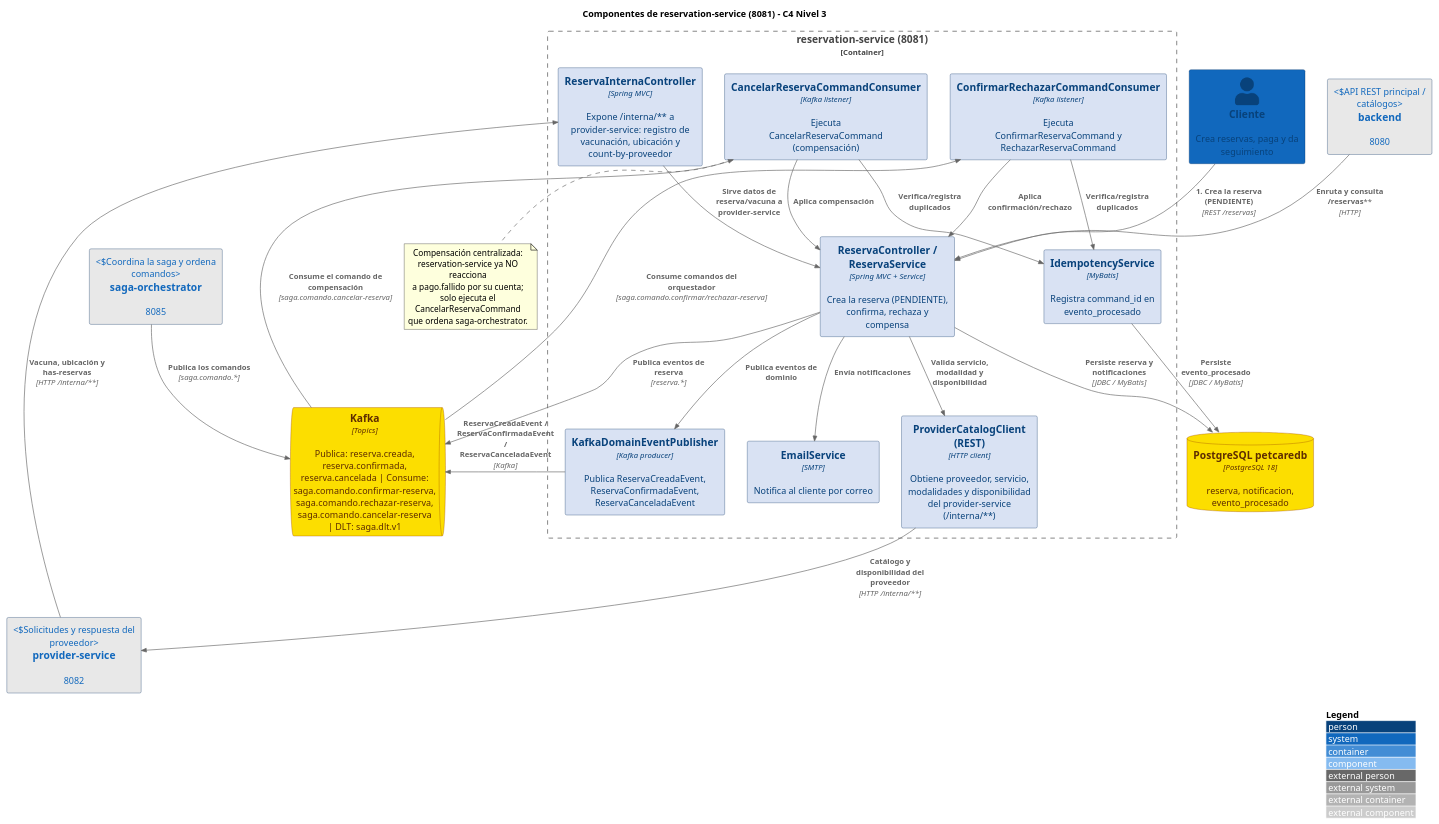
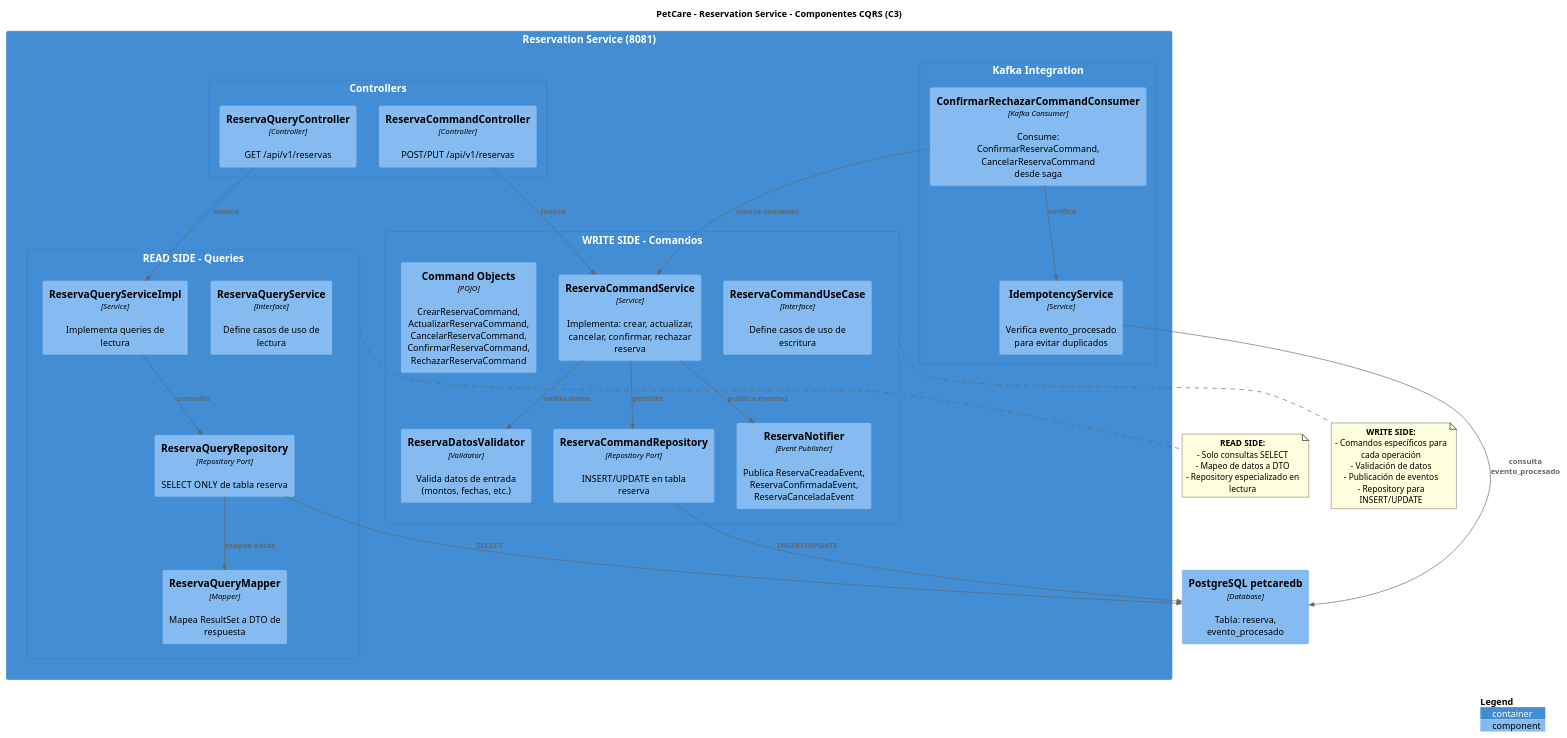
Before and after one commit to rolyjuarez/PetCare: the diagram in diagramas/3-componentes-reservation-service.puml, drawn with PlantUML. The commit also changed 15 other files, not shown here.

Commit message:
Diagramas c4  CQRS

```diff
--- a/diagramas/3-componentes-reservation-service.puml
+++ b/diagramas/3-componentes-reservation-service.puml
@@ -1,82 +1,77 @@
-@startuml
-!includeurl https://raw.githubusercontent.com/plantuml-stdlib/C4-PlantUML/master/C4_Component.puml
+@startuml componentes_reservation
+!include https://raw.githubusercontent.com/plantuml-stdlib/C4-PlantUML/master/C4_Component.puml
 
-' ============================================================================
-' PETCare - Componentes de reservation-service (8081) - C4 Nivel 3
-' ============================================================================
+title PetCare - Reservation Service - Componentes CQRS (C3)
 
-title Componentes de reservation-service (8081) - C4 Nivel 3
-
-' ---------------------------------------------------------------------------
-' Estilos
-' ---------------------------------------------------------------------------
-UpdateElementStyle(component, $fontColor="#08427B", $borderColor="#052F61", $bgColor="#D9E2F3")
-UpdateElementStyle(person, $fontColor="#08427B", $borderColor="#052F61", $bgColor="#1168BD")
-UpdateElementStyle(container, $fontColor="#5D2C00", $borderColor="#963B00", $bgColor="#FCDE00")
-UpdateElementStyle(database, $fontColor="#08427B", $borderColor="#052F61", $bgColor="#A9D2FF")
-UpdateElementStyle(queue, $fontColor="#1168BD", $borderColor="#052F61", $bgColor="#F5F5F5")
-UpdateElementStyle(external_system, $fontColor="#1168BD", $borderColor="#052F61", $bgColor="#E8E8E8")
-UpdateElementStyle(boundary, $borderColor="#2F4F4F", $fontColor="#2F4F4F", $bgColor="#F0F0F0")
-
-' ---------------------------------------------------------------------------
-' Personas
-' ---------------------------------------------------------------------------
-Person(cliente, "Cliente", "Crea reservas, paga y da seguimiento")
-
-' ---------------------------------------------------------------------------
-' Elementos externos
-' ---------------------------------------------------------------------------
-System_Ext(sa, "saga-orchestrator", "8085", "Coordina la saga y ordena comandos")
-System_Ext(backend, "backend", "8080", "API REST principal / catálogos")
-System_Ext(ps, "provider-service", "8082", "Solicitudes y respuesta del proveedor")
-
-ContainerQueue(kafka, "Kafka", "Topics", "Publica: reserva.creada, reserva.confirmada, reserva.cancelada | Consume: saga.comando.confirmar-reserva, saga.comando.rechazar-reserva, saga.comando.cancelar-reserva | DLT: saga.dlt.v1")
-ContainerDb(db, "PostgreSQL petcaredb", "PostgreSQL 18", "reserva, notificacion, evento_procesado")
-
-' ---------------------------------------------------------------------------
-' Componentes internos
-' ---------------------------------------------------------------------------
-Container_Boundary(rs, "reservation-service (8081)") {
-    Component(rs_api, "ReservaController / ReservaService", "Spring MVC + Service", "Crea la reserva (PENDIENTE), confirma, rechaza y compensa")
-    Component(rs_interna, "ReservaInternaController", "Spring MVC", "Expone /interna/** a provider-service: registro de vacunación, ubicación y count-by-proveedor")
-    Component(rs_provider, "ProviderCatalogClient (REST)", "HTTP client", "Obtiene proveedor, servicio, modalidades y disponibilidad del provider-service (/interna/**)")
-    Component(rs_confirmar, "ConfirmarRechazarCommandConsumer", "Kafka listener", "Ejecuta ConfirmarReservaCommand y RechazarReservaCommand")
-    Component(rs_cancelar, "CancelarReservaCommandConsumer", "Kafka listener", "Ejecuta CancelarReservaCommand (compensación)")
-    Component(rs_pub, "KafkaDomainEventPublisher", "Kafka producer", "Publica ReservaCreadaEvent, ReservaConfirmadaEvent, ReservaCanceladaEvent")
-    Component(rs_idem, "IdempotencyService", "MyBatis", "Registra command_id en evento_procesado")
-    Component(rs_email, "EmailService", "SMTP", "Notifica al cliente por correo")
-
-    Rel(rs_api, rs_pub, "Publica eventos de dominio")
-    Rel(rs_api, rs_email, "Envía notificaciones")
-    Rel(rs_api, rs_provider, "Valida servicio, modalidad y disponibilidad")
-    Rel(rs_interna, rs_api, "Sirve datos de reserva/vacuna a provider-service")
-    Rel(rs_confirmar, rs_api, "Aplica confirmación/rechazo")
-    Rel(rs_cancelar, rs_api, "Aplica compensación")
-    Rel(rs_confirmar, rs_idem, "Verifica/registra duplicados")
-    Rel(rs_cancelar, rs_idem, "Verifica/registra duplicados")
+Container(reservation_container, "Reservation Service (8081)") {
+    
+    Container(write_container, "WRITE SIDE - Comandos") {
+        Component(command_interface, "ReservaCommandUseCase", "Interface", "Define casos de uso de escritura")
+        
+        Component(command_service, "ReservaCommandService", "Service", "Implementa: crear, actualizar, cancelar, confirmar, rechazar reserva")
+        
+        Component(command_objects, "Command Objects", "POJO", "CrearReservaCommand, ActualizarReservaCommand, CancelarReservaCommand, ConfirmarReservaCommand, RechazarReservaCommand")
+        
+        Component(validator, "ReservaDatosValidator", "Validator", "Valida datos de entrada (montos, fechas, etc.)")
+        
+        Component(command_repo, "ReservaCommandRepository", "Repository Port", "INSERT/UPDATE en tabla reserva")
+        
+        Component(notifier, "ReservaNotifier", "Event Publisher", "Publica ReservaCreadaEvent, ReservaConfirmadaEvent, ReservaCanceladaEvent")
+    }
+    
+    Container(read_container, "READ SIDE - Queries") {
+        Component(query_interface, "ReservaQueryService", "Interface", "Define casos de uso de lectura")
+        
+        Component(query_impl, "ReservaQueryServiceImpl", "Service", "Implementa queries de lectura")
+        
+        Component(query_repo, "ReservaQueryRepository", "Repository Port", "SELECT ONLY de tabla reserva")
+        
+        Component(mapper, "ReservaQueryMapper", "Mapper", "Mapea ResultSet a DTO de respuesta")
+    }
+    
+    Container(controllers, "Controllers") {
+        Component(cmd_controller, "ReservaCommandController", "Controller", "POST/PUT /api/v1/reservas")
+        Component(query_controller, "ReservaQueryController", "Controller", "GET /api/v1/reservas")
+    }
+    
+    Container(kafka_layer, "Kafka Integration") {
+        Component(cmd_consumer, "ConfirmarRechazarCommandConsumer", "Kafka Consumer", "Consume: ConfirmarReservaCommand, CancelarReservaCommand desde saga")
+        Component(idempotency, "IdempotencyService", "Service", "Verifica evento_procesado para evitar duplicados")
+    }
 }
 
-' ---------------------------------------------------------------------------
-' Relaciones con el exterior
-' ---------------------------------------------------------------------------
-Rel(cliente, rs_api, "1. Crea la reserva (PENDIENTE)", "REST /reservas")
-Rel(backend, rs_api, "Enruta y consulta /reservas**", "HTTP")
-Rel(rs_provider, ps, "Catálogo y disponibilidad del proveedor", "HTTP /interna/**")
-Rel(ps, rs_interna, "Vacuna, ubicación y has-reservas", "HTTP /interna/**")
-Rel(rs_api, kafka, "Publica eventos de reserva", "reserva.*")
-Rel(kafka, rs_confirmar, "Consume comandos del orquestador", "saga.comando.confirmar/rechazar-reserva")
-Rel(kafka, rs_cancelar, "Consume el comando de compensación", "saga.comando.cancelar-reserva")
-Rel(rs_pub, kafka, "ReservaCreadaEvent / ReservaConfirmadaEvent / ReservaCanceladaEvent", "Kafka")
-Rel(sa, kafka, "Publica los comandos", "saga.comando.*")
-Rel(rs_api, db, "Persiste reserva y notificaciones", "JDBC / MyBatis")
-Rel(rs_idem, db, "Persiste evento_procesado", "JDBC / MyBatis")
+Component(database, "PostgreSQL petcaredb", "Database", "Tabla: reserva, evento_procesado")
 
-note bottom of rs_cancelar
-  Compensación centralizada: reservation-service ya NO reacciona
-  a pago.fallido por su cuenta; solo ejecuta el CancelarReservaCommand
-  que ordena saga-orchestrator.
+Rel(cmd_controller, command_service, "invoca")
+Rel(command_service, validator, "valida datos")
+Rel(command_service, command_repo, "persiste")
+Rel(command_service, notifier, "publica eventos")
+
+Rel(query_controller, query_impl, "invoca")
+Rel(query_impl, query_repo, "consulta")
+Rel(query_repo, mapper, "mapea datos")
+
+Rel(command_repo, database, "INSERT/UPDATE")
+Rel(query_repo, database, "SELECT")
+
+Rel(cmd_consumer, idempotency, "verifica")
+Rel(idempotency, database, "consulta evento_procesado")
+Rel(cmd_consumer, command_service, "invoca comando")
+
+note bottom of write_container
+    **WRITE SIDE:**
+    - Comandos específicos para cada operación
+    - Validación de datos
+    - Publicación de eventos
+    - Repository para INSERT/UPDATE
 end note
 
-LAYOUT_WITH_LEGEND()
+note bottom of read_container
+    **READ SIDE:**
+    - Solo consultas SELECT
+    - Mapeo de datos a DTO
+    - Repository especializado en lectura
+end note
 
+SHOW_LEGEND()
 @enduml
```
